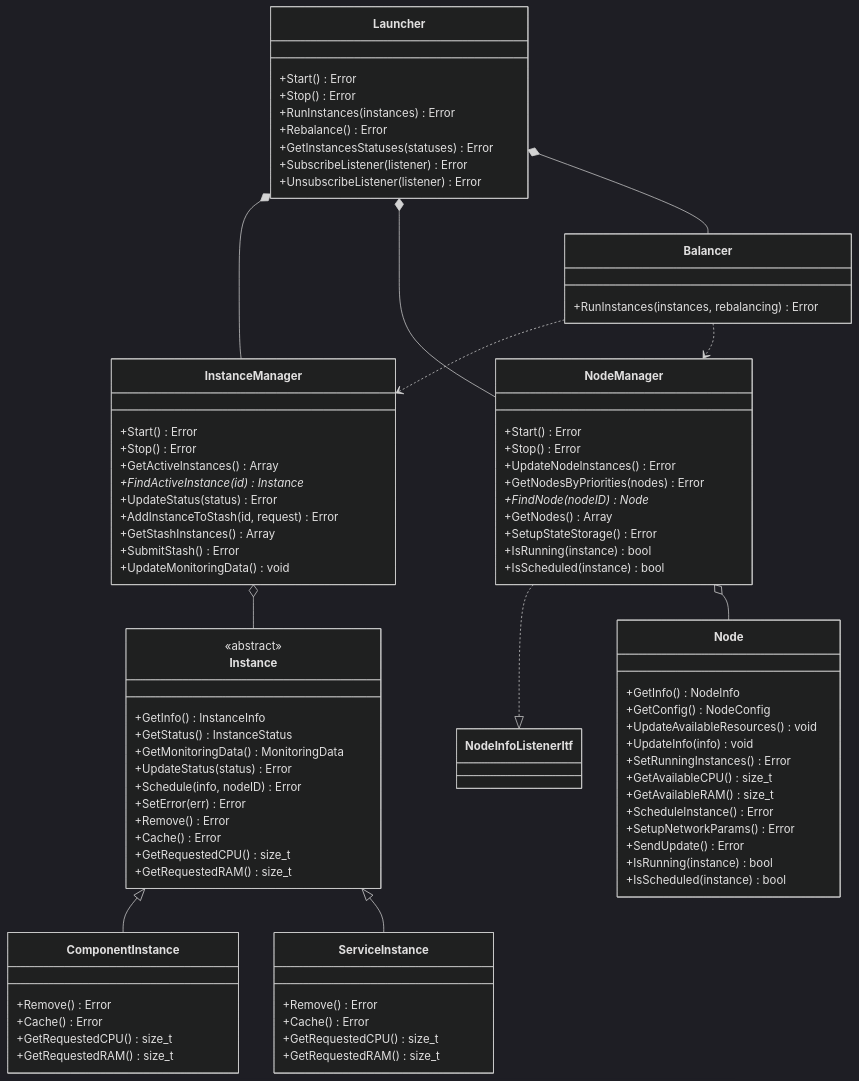
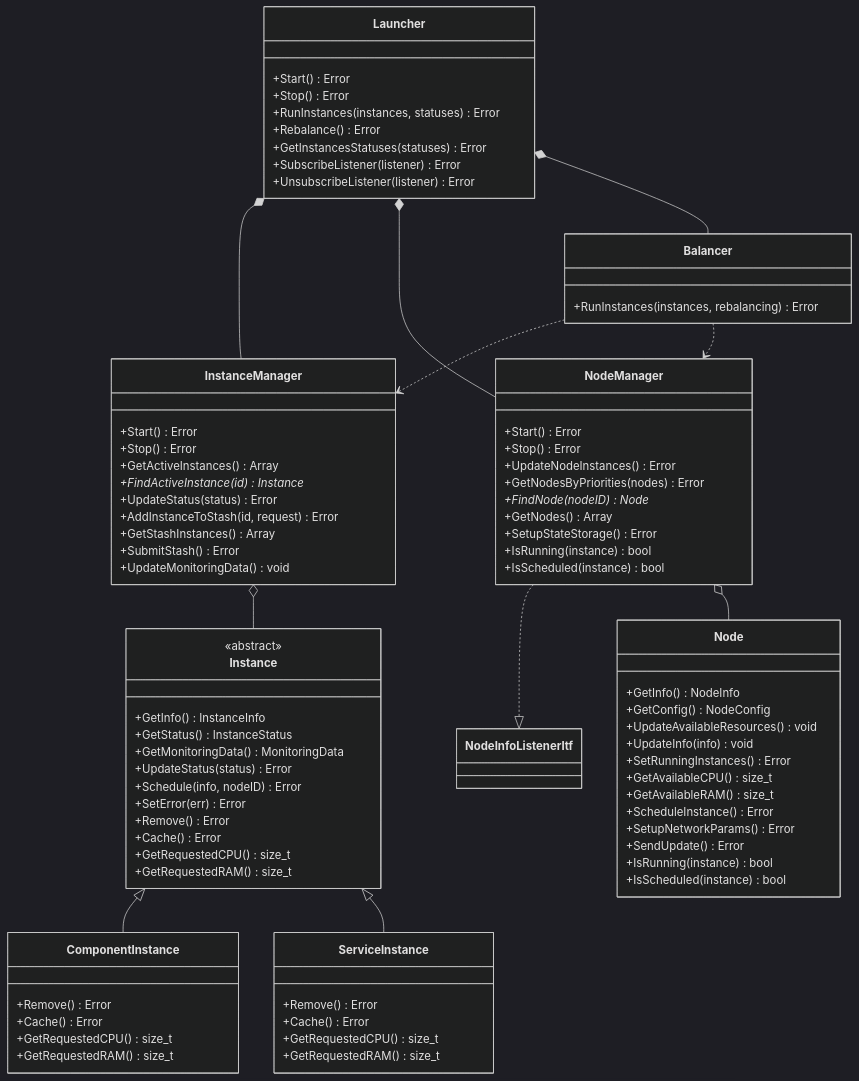
Before and after one commit to aosedge/aos_core_lib_cpp: the fourth of 4 diagrams in src/core/cm/launcher/launcher.md, drawn with Mermaid (dark theme). The commit also changed 2 other files, not shown here.

Commit message:
cm: launcher: update Launcher to itf changes

```diff
--- a/src/core/cm/launcher/launcher.md
+++ b/src/core/cm/launcher/launcher.md
@@ -242,7 +242,7 @@
     class Launcher {
         +Start() Error
         +Stop() Error
-        +RunInstances(instances) Error
+        +RunInstances(instances, statuses) Error
         +Rebalance() Error
         +GetInstancesStatuses(statuses) Error
         +SubscribeListener(listener) Error
```
